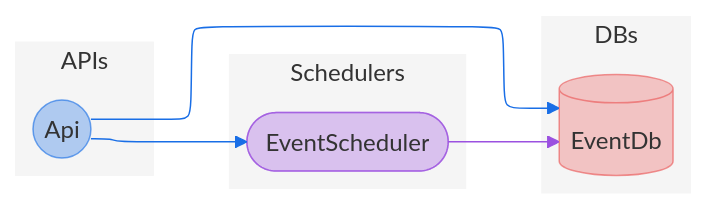
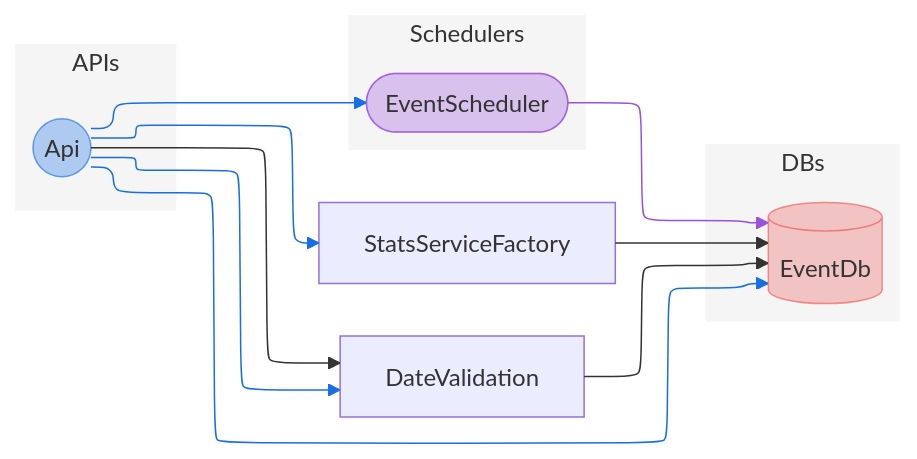
One commit to sbalmt/ez4 changed the diagram in examples/aws-schedule-manager/docs/schedule-manager-topology.mmd. Above: the diagram before and after it, drawn with Mermaid. The commit also changed 625 other files, not shown here.

```diff
--- a/examples/aws-schedule-manager/docs/schedule-manager-topology.mmd
+++ b/examples/aws-schedule-manager/docs/schedule-manager-topology.mmd
@@ -1,31 +1,40 @@
+%% Auto-generated topology diagram, any manual modifications will be lost during regeneration.
 %%{init: { "layout": "elk", "theme": "light" } }%%
 graph LR
 	classDef ez4Api fill:#196ee650, stroke:#196ee6a0;
 	classDef ez4ApiImport fill:#196ee625, stroke:#196ee6a0, stroke-dasharray:5 5;
 	classDef ez4ApiEdge stroke:#196ee6
 	subgraph APIs
 		style APIs fill: #f5f5f5, stroke-width: 0
 		Api@{ shape: circle, label: "Api" }
 		class Api ez4Api
 	end
 	classDef ez4Scheduler fill:#9b51e050, stroke:#9b51e0a0;
 	classDef ez4SchedulerEdge stroke:#9b51e0
 	classDef ez4SchedulerEdge stroke:#9b51e0;
 	subgraph Schedulers
 		style Schedulers fill: #f5f5f5, stroke-width: 0
 		EventScheduler@{ shape: stadium, label: "EventScheduler" }
 		class EventScheduler ez4Scheduler
 	end
 	classDef ez4Database fill:#eb575750, stroke:#eb5757a0;
 	classDef ez4DatabaseEdge stroke:#eb5757;
 	subgraph DBs
 		style DBs fill: #f5f5f5, stroke-width: 0
 		EventDb@{ shape: cyl, label: "EventDb" }
 		class EventDb ez4Database
 	end
-	EventScheduler EventDbEventScheduler@--> EventDb
+	StatsServiceFactory --> EventDb
+	Api DateValidationApi@--> DateValidation
+	Api StatsServiceFactoryApi@--> StatsServiceFactory
 	Api EventSchedulerApi@--> EventScheduler
 	Api EventDbApi@--> EventDb
-	class EventDbEventScheduler ez4SchedulerEdge
+	Api DateValidationApi@--> DateValidation
+	EventScheduler EventDbEventScheduler@--> EventDb
+	DateValidation --> EventDb
+	class DateValidationApi ez4ApiEdge
+	class StatsServiceFactoryApi ez4ApiEdge
 	class EventSchedulerApi ez4ApiEdge
 	class EventDbApi ez4ApiEdge
+	class DateValidationApi ez4ApiEdge
+	class EventDbEventScheduler ez4SchedulerEdge
```
